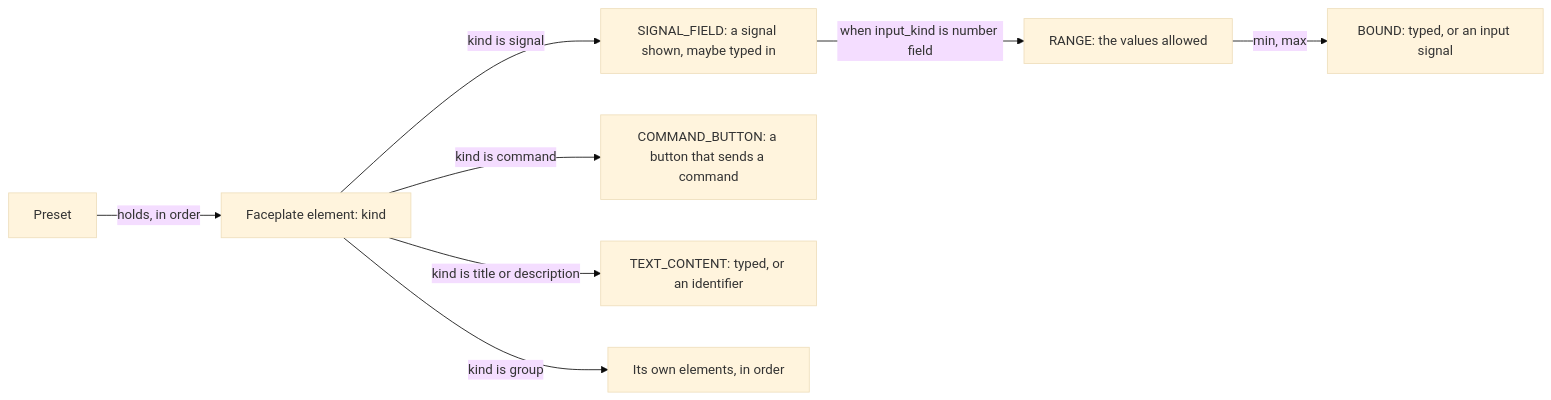
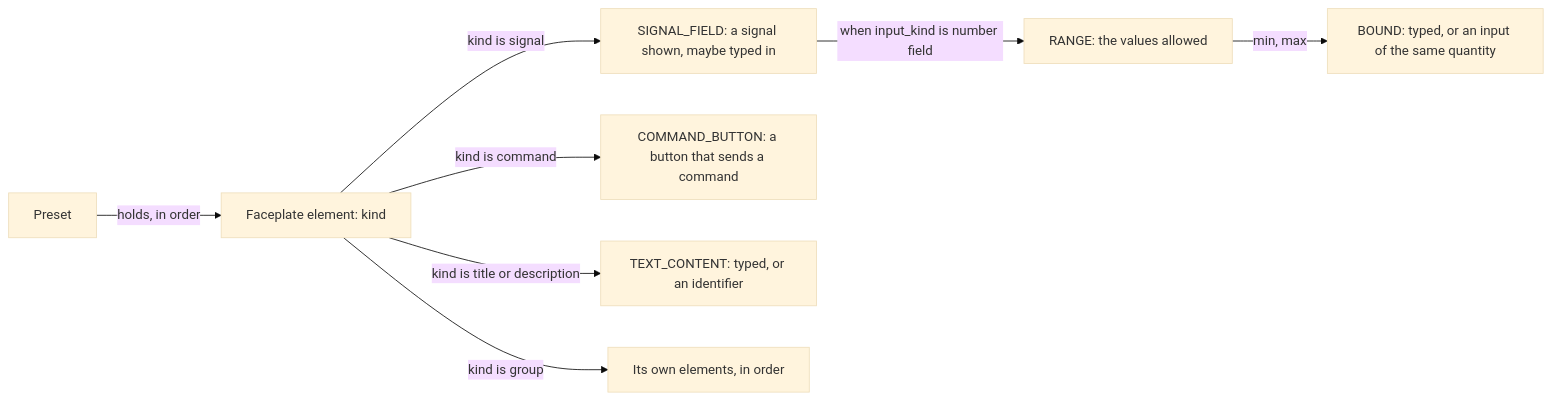
One commit to AlexandreGallais/synoptic-studio-spec changed the second of 2 diagrams in metadata/data-model.md. Above: the diagram before and after it, drawn with Mermaid (base theme). The commit also changed other lines of this file and 11 other files, not shown here.

First line of the commit message:
docs(metadata): rename enum display text and bound bounds by quantity

````diff
--- a/metadata/data-model.md
+++ b/metadata/data-model.md
@@ -209,10 +209,10 @@
 ```mermaid
 flowchart LR
     P["Preset"] -->|"holds, in order"| E["Faceplate element: kind"]
     E -->|"kind is signal"| SF["SIGNAL_FIELD: a signal shown, maybe typed in"]
     E -->|"kind is command"| CB["COMMAND_BUTTON: a button that sends a command"]
     E -->|"kind is title or description"| TC["TEXT_CONTENT: typed, or an identifier"]
     E -->|"kind is group"| G["Its own elements, in order"]
     SF -->|"when input_kind is number field"| R["RANGE: the values allowed"]
-    R -->|"min, max"| B["BOUND: typed, or an input signal"]
+    R -->|"min, max"| B["BOUND: typed, or an input of the same quantity"]
 ```
````
